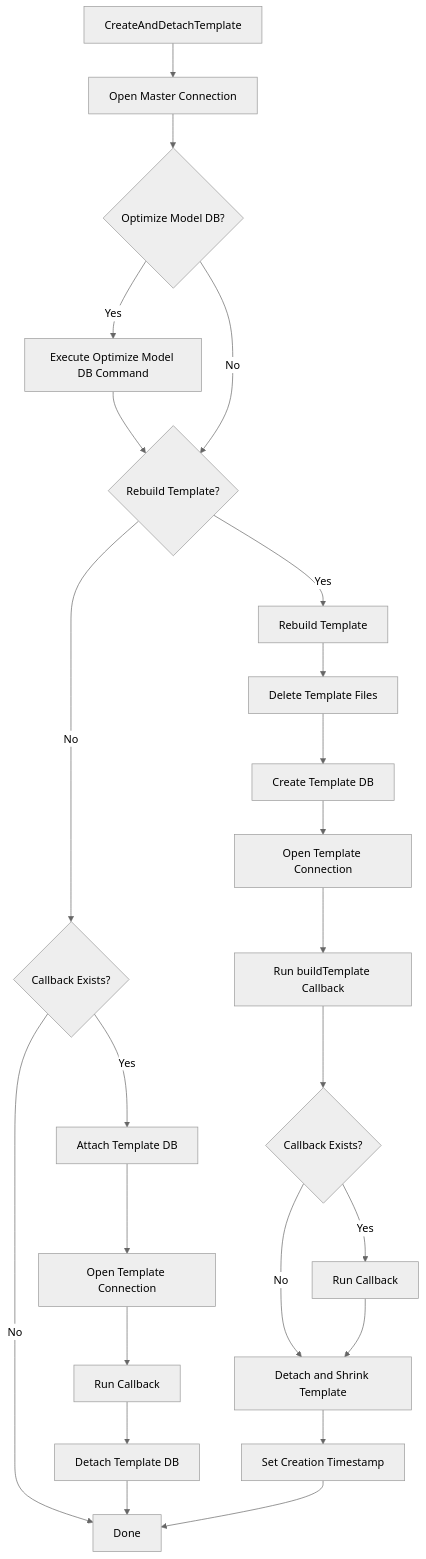
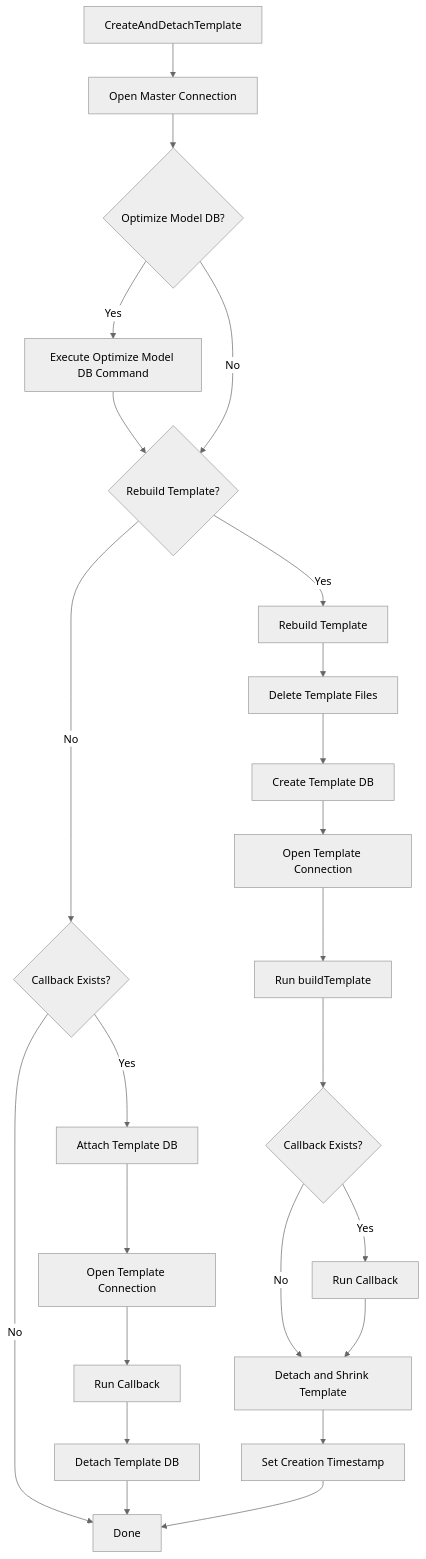
The third of 5 diagrams in docs/mdsource/workflow.md (SimonCropp/LocalDb), drawn with Mermaid (neutral theme) before and after one commit.

````diff
--- a/docs/mdsource/workflow.md
+++ b/docs/mdsource/workflow.md
@@ -72,31 +72,31 @@
 ```mermaid
 flowchart TD
     entry[CreateAndDetachTemplate] --> openMaster[Open Master Connection]
     openMaster --> checkOptimize{Optimize Model DB?}
 
     checkOptimize -->|Yes| executeOptimize[Execute Optimize Model DB Command]
     executeOptimize --> checkRebuild{Rebuild Template?}
     checkOptimize -->|No| checkRebuild
 
     checkRebuild -->|Yes| rebuildTemplate[Rebuild Template]
     checkRebuild -->|No| checkCallback{Callback Exists?}
 
     rebuildTemplate --> deleteFiles[Delete Template Files]
     deleteFiles --> createTemplateDb[Create Template DB]
     createTemplateDb --> openTemplateConn[Open Template Connection]
-    openTemplateConn --> runBuildTemplate[Run buildTemplate Callback]
+    openTemplateConn --> runBuildTemplate[Run buildTemplate]
     runBuildTemplate --> checkCallbackAfterBuild{Callback Exists?}
     checkCallbackAfterBuild -->|Yes| runCallbackAfterBuild[Run Callback]
     checkCallbackAfterBuild -->|No| detachShrink[Detach and Shrink Template]
     runCallbackAfterBuild --> detachShrink
     detachShrink --> setTimestamp[Set Creation Timestamp]
 
     checkCallback -->|Yes| attachTemplate[Attach Template DB]
     attachTemplate --> openForCallback[Open Template Connection]
     openForCallback --> runCallback[Run Callback]
     runCallback --> detachTemplate[Detach Template DB]
 
     checkCallback -->|No| done[Done]
     detachTemplate --> done
     setTimestamp --> done
 ```
````
